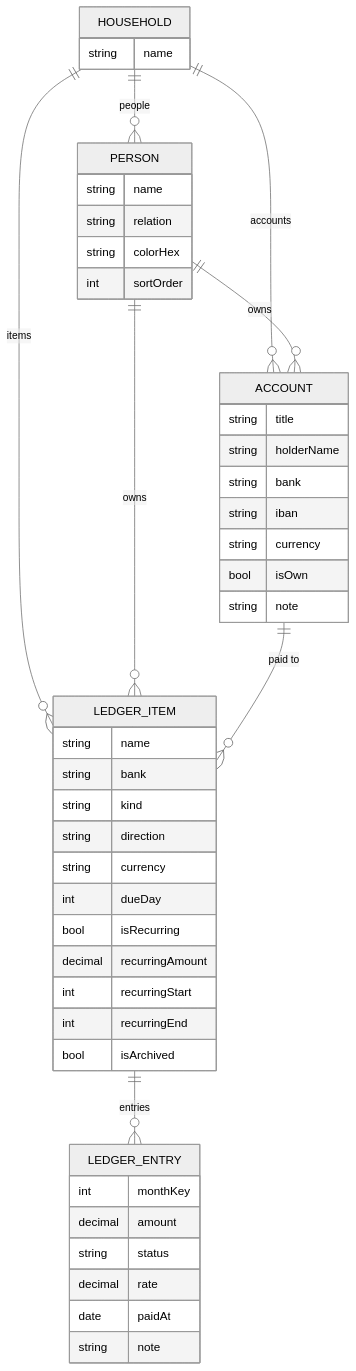
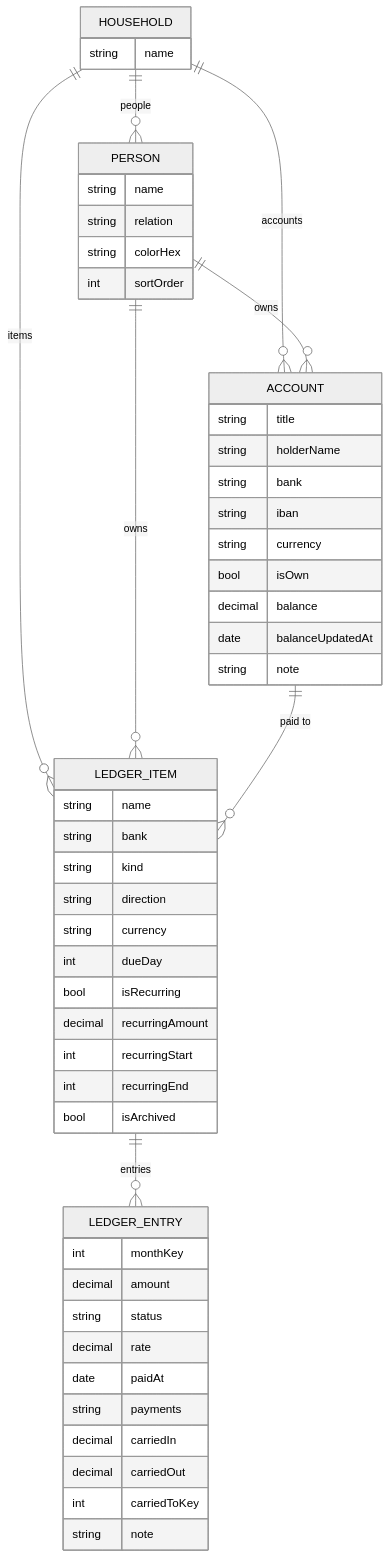
Before and after one commit to yakupad/Ciki: the diagram in README.md, drawn with Mermaid (neutral theme). The commit also changed other lines of this file and 14 other files, not shown here.

````diff
--- a/README.md
+++ b/README.md
@@ -193,15 +193,15 @@
 ```mermaid
 erDiagram
   HOUSEHOLD ||--o{ PERSON : people
   HOUSEHOLD ||--o{ LEDGER_ITEM : items
   PERSON ||--o{ LEDGER_ITEM : owns
   LEDGER_ITEM ||--o{ LEDGER_ENTRY : entries
   HOUSEHOLD ||--o{ ACCOUNT : accounts
   PERSON ||--o{ ACCOUNT : owns
   ACCOUNT ||--o{ LEDGER_ITEM : "paid to"
   HOUSEHOLD { string name }
   PERSON { string name  string relation  string colorHex  int sortOrder }
   LEDGER_ITEM { string name  string bank  string kind  string direction  string currency  int dueDay  bool isRecurring  decimal recurringAmount  int recurringStart  int recurringEnd  bool isArchived }
-  LEDGER_ENTRY { int monthKey  decimal amount  string status  decimal rate  date paidAt  string note }
-  ACCOUNT { string title  string holderName  string bank  string iban  string currency  bool isOwn  string note }
+  LEDGER_ENTRY { int monthKey  decimal amount  string status  decimal rate  date paidAt  string payments  decimal carriedIn  decimal carriedOut  int carriedToKey  string note }
+  ACCOUNT { string title  string holderName  string bank  string iban  string currency  bool isOwn  decimal balance  date balanceUpdatedAt  string note }
 ```
````
